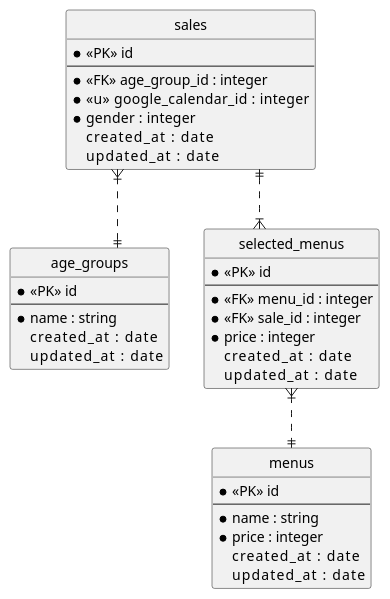
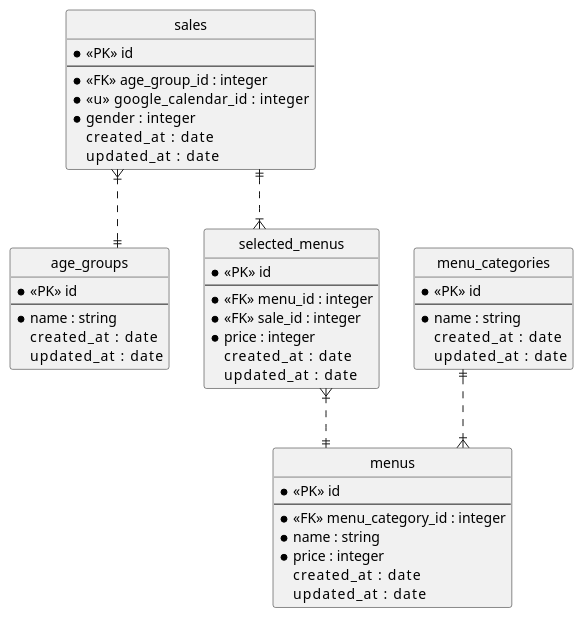
One commit to takuya-38/Raika changed the diagram in documents/er.pu. Above: the diagram before and after it, drawn with PlantUML. The commit also changed 8 other files, not shown here.

```diff
--- a/documents/er.pu
+++ b/documents/er.pu
@@ -1,47 +1,56 @@
 @startuml test
 hide circle
 skinparam linetype ortho
 
 entity "sales" as sales {
     * <<PK>> id
     --
     * <<FK>> age_group_id : integer
     * <<u>> google_calendar_id    : integer
     * gender  : integer
     created_at      : date
     updated_at      : date
 }
 
 entity "age_groups" as age_groups {
     * <<PK>> id
     --
     * name : string
     created_at      : date
     updated_at      : date
 }
 
 entity "selected_menus" as selected_menus {
     * <<PK>> id
     --
     * <<FK>> menu_id : integer
     * <<FK>> sale_id : integer
     * price : integer
     created_at      : date
     updated_at      : date
 }
 
-
 entity "menus" as menus {
     * <<PK>> id
     --
+    * <<FK>> menu_category_id : integer
     * name : string
     * price : integer
+    created_at      : date
+    updated_at      : date
+}
+
+entity "menu_categories" as menu_categories {
+    * <<PK>> id
+    --
+    * name : string
     created_at      : date
     updated_at      : date
 }
 
 sales }|..|| age_groups
 sales ||..|{ selected_menus
 selected_menus }|..|| menus
+menu_categories ||..|{ menus
 
 @enduml
```
